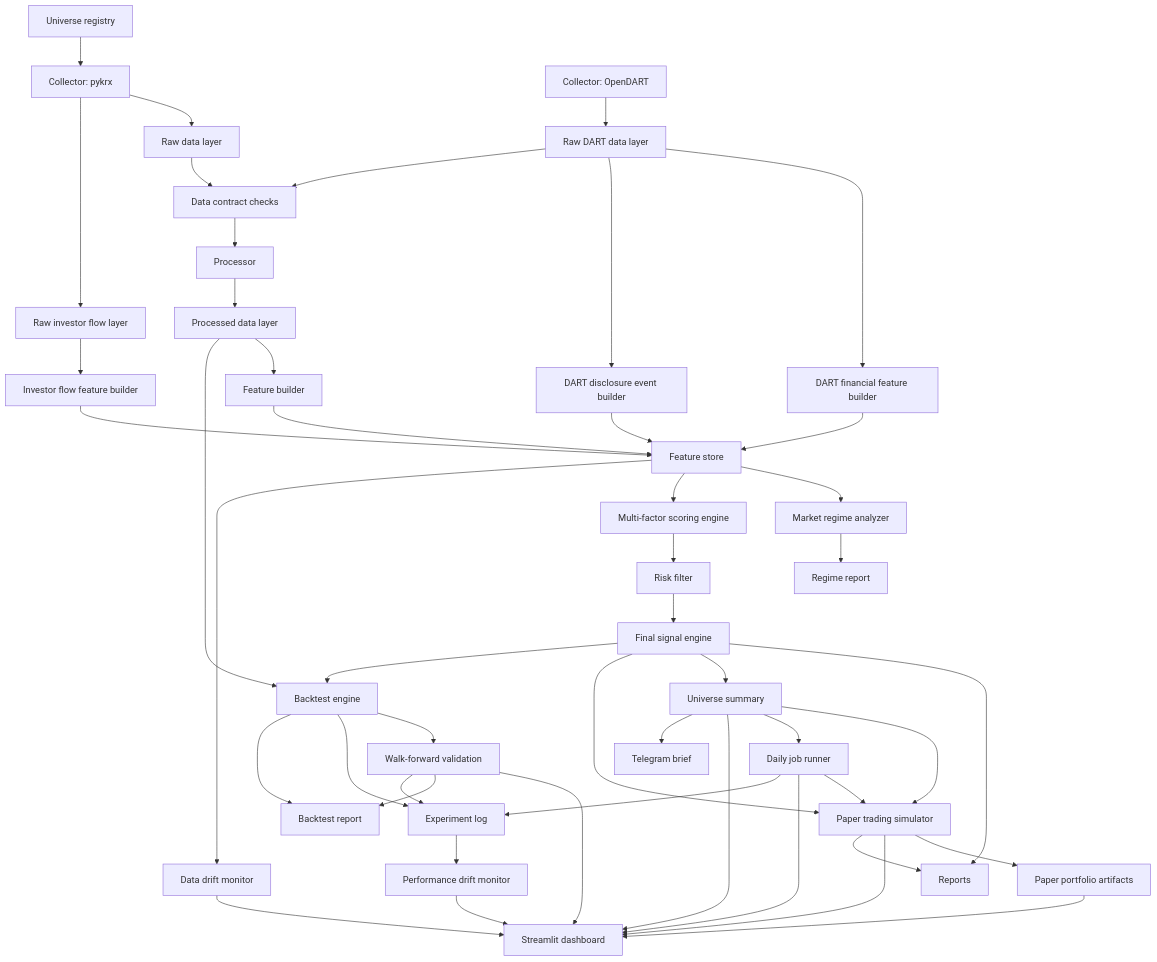
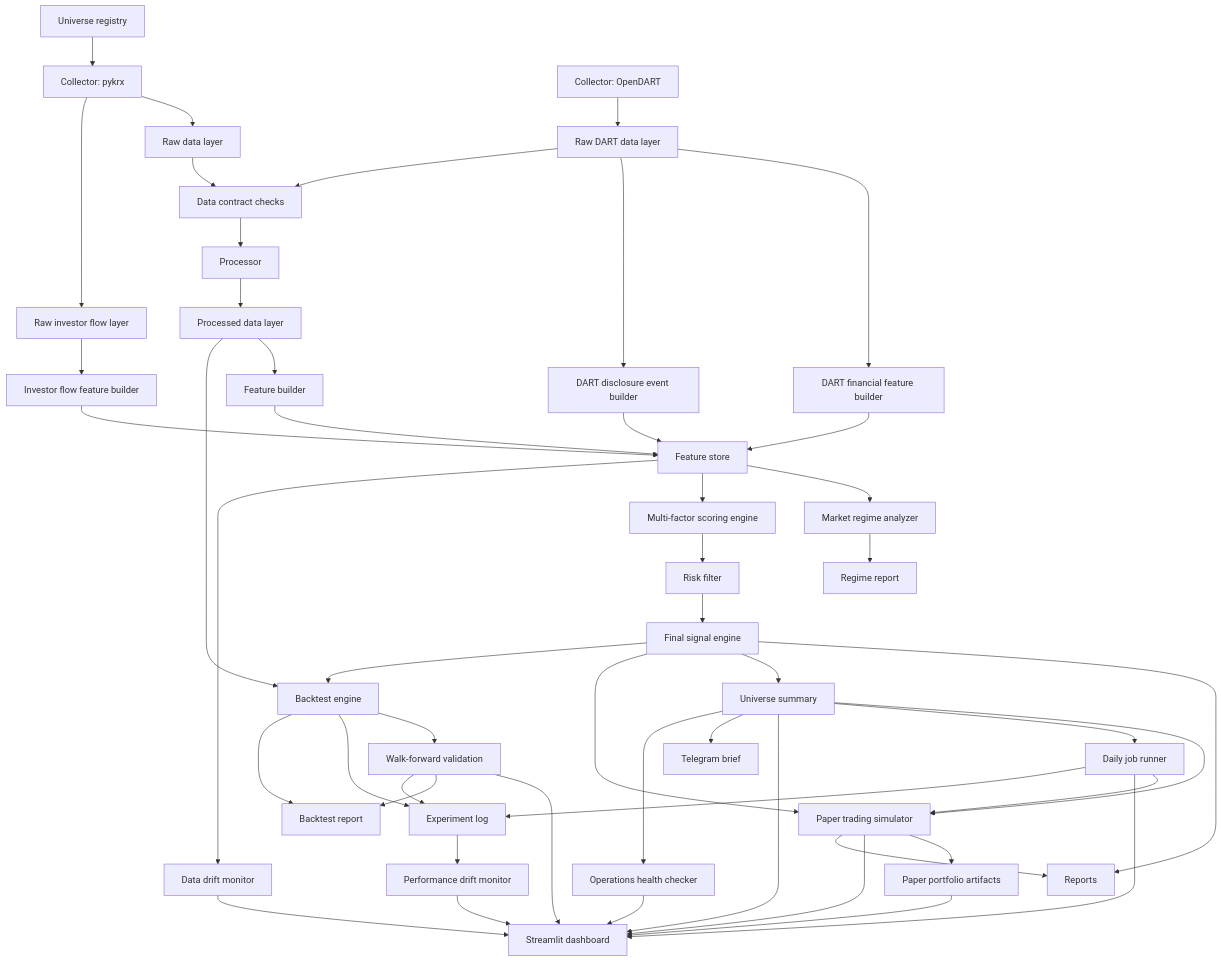
The diagram in docs/architecture.md (pkb0728-lgtm/krx-alpha-platform), drawn with Mermaid before and after one commit. The commit also changed other lines of this file and 13 other files, not shown here.

Commit message:
Add operations health checks

````diff
--- a/docs/architecture.md
+++ b/docs/architecture.md
@@ -11,50 +11,52 @@
 ```mermaid
 flowchart TD
     U["Universe registry"] --> A
     A["Collector: pykrx"] --> B["Raw data layer"]
     A --> W["Raw investor flow layer"]
     X["Collector: OpenDART"] --> Y["Raw DART data layer"]
     Y --> Z["DART financial feature builder"]
     Y --> V["DART disclosure event builder"]
     Z --> G
     V --> G
     W --> S["Investor flow feature builder"]
     S --> G
     B --> C["Data contract checks"]
     Y --> C
     C --> D["Processor"]
     D --> E["Processed data layer"]
     E --> F["Feature builder"]
     F --> G["Feature store"]
     G --> R["Market regime analyzer"]
     G --> H["Multi-factor scoring engine"]
     H --> I["Risk filter"]
     I --> J["Final signal engine"]
     J --> K["Reports"]
     J --> L["Universe summary"]
     J --> PT["Paper trading simulator"]
     L --> PT
     L --> DJ["Daily job runner"]
     DJ --> PT
     L --> M["Streamlit dashboard"]
     PT --> PA["Paper portfolio artifacts"]
     PT --> M
     PT --> K
     PA --> M
     DJ --> M
     L --> T["Telegram brief"]
     J --> N["Backtest engine"]
     E --> N
     N --> Q["Walk-forward validation"]
     N --> EL["Experiment log"]
     EL --> PD["Performance drift monitor"]
     G --> DD["Data drift monitor"]
+    L --> OH["Operations health checker"]
     N --> O["Backtest report"]
     Q --> M
     Q --> O
     Q --> EL
     DJ --> EL
     PD --> M
     DD --> M
+    OH --> M
     R --> P["Regime report"]
 ```
````
